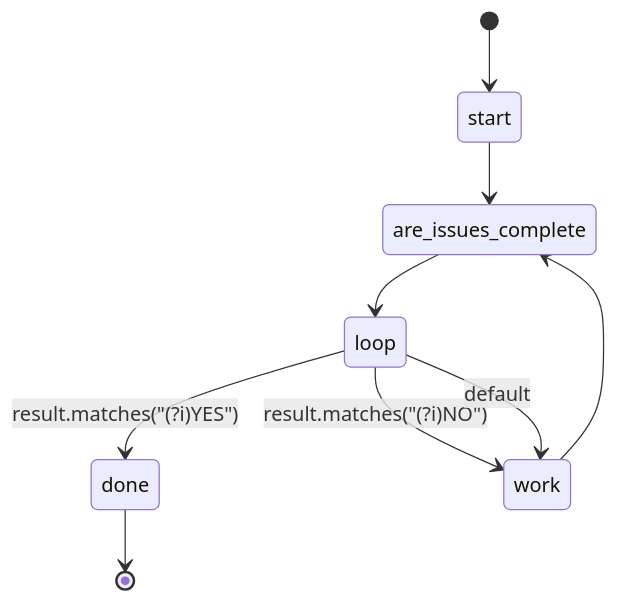
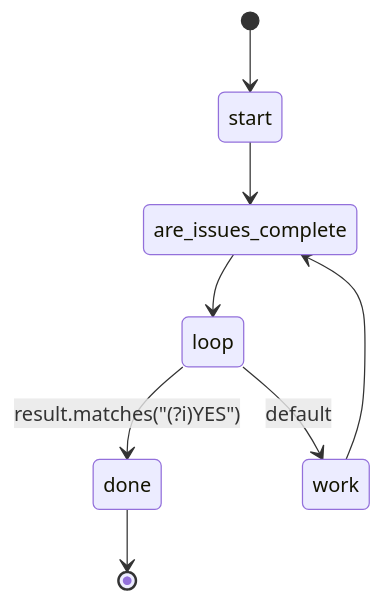
Before and after one commit to swissarmyhammer/swissarmyhammer: the diagram in builtin/workflows/implement.md, drawn with Mermaid. The commit also changed other lines of this file and 17 other files, not shown here.

````diff
--- a/builtin/workflows/implement.md
+++ b/builtin/workflows/implement.md
@@ -10,11 +10,10 @@
 ```mermaid
 stateDiagram-v2
     [*] --> start
     start --> are_issues_complete
     are_issues_complete --> loop
     loop --> done: result.matches("(?i)YES")
-    loop --> work: result.matches("(?i)NO")
     loop --> work: default
     work --> are_issues_complete
     done --> [*]
 ```
````
